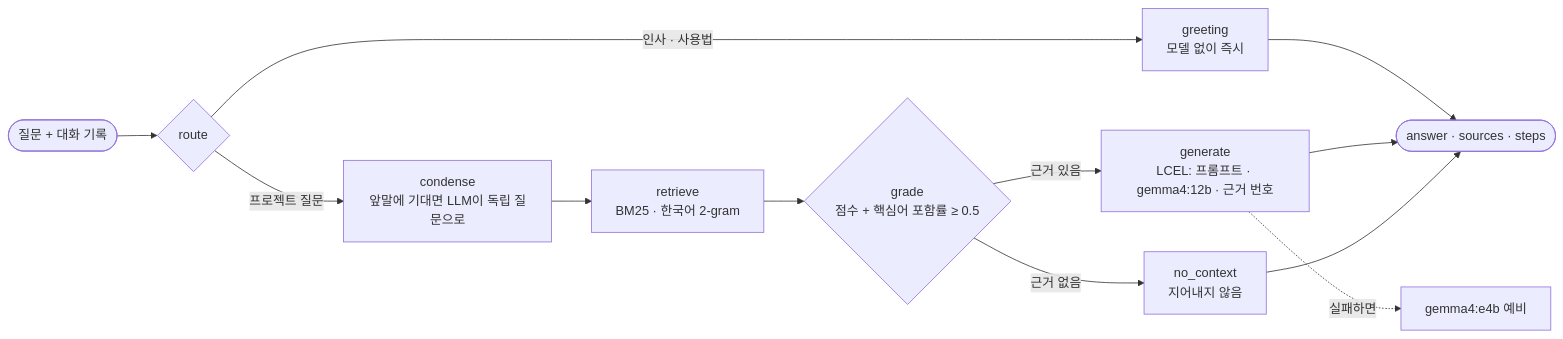
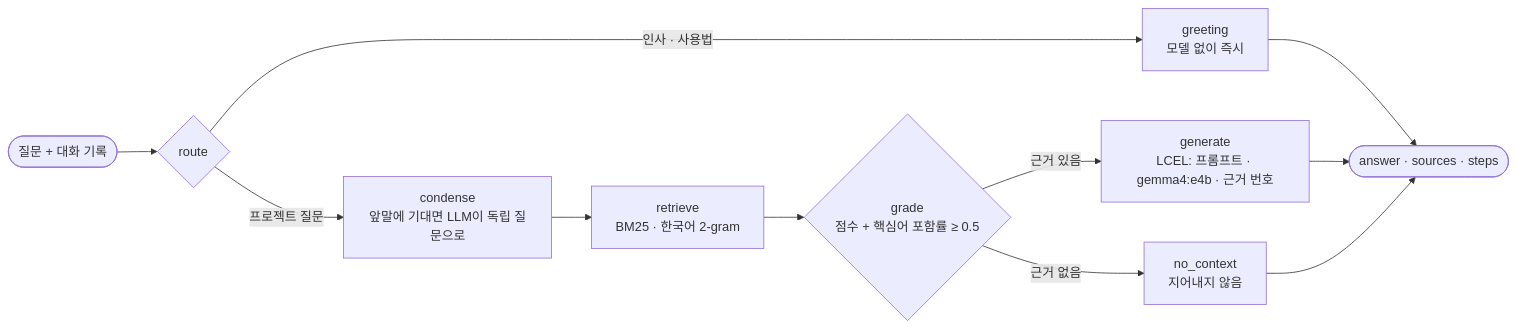
The diagram in PortFolio/server/ai_services/README.md (samam0234/CodiComperChat), drawn with Mermaid before and after one commit. The commit also changed other lines of this file and 20 other files, not shown here.

````diff
--- a/PortFolio/server/ai_services/README.md
+++ b/PortFolio/server/ai_services/README.md
@@ -15,14 +15,13 @@
 ```mermaid
 flowchart LR
   S([질문 + 대화 기록]) --> R{route}
   R -- "인사 · 사용법" --> G[greeting<br/>모델 없이 즉시]
   R -- 프로젝트 질문 --> C[condense<br/>앞말에 기대면 LLM이 독립 질문으로]
   C --> RT[retrieve<br/>BM25 · 한국어 2-gram]
   RT --> GR{grade<br/>점수 + 핵심어 포함률 ≥ 0.5}
-  GR -- 근거 있음 --> GEN[generate<br/>LCEL: 프롬프트 · gemma4:12b · 근거 번호]
+  GR -- 근거 있음 --> GEN[generate<br/>LCEL: 프롬프트 · gemma4:e4b · 근거 번호]
   GR -- 근거 없음 --> N[no_context<br/>지어내지 않음]
-  GEN -. "실패하면" .-> FB[gemma4:e4b 예비]
   G --> E([answer · sources · steps])
   GEN --> E
   N --> E
 ```
````
